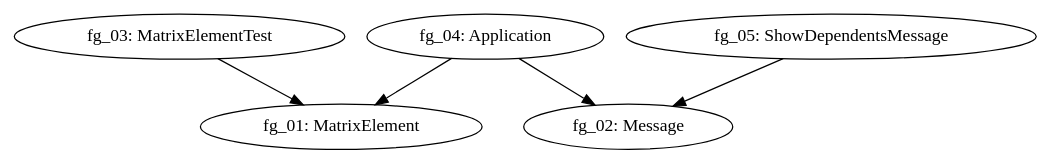
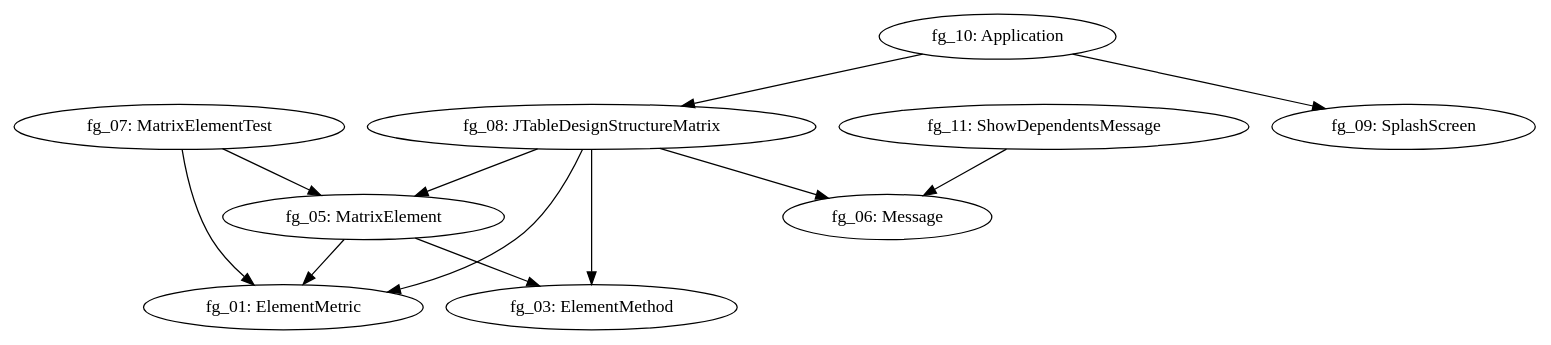
The diagram in files/archinaut/archinaut_UH.dot (FrankHZFang/ArchData), drawn with Graphviz before and after one commit. The commit also changed 1595 other files, not shown here.

```diff
--- a/files/archinaut/archinaut_UH.dot
+++ b/files/archinaut/archinaut_UH.dot
@@ -1,6 +1,13 @@
 digraph G { 
-"fg_03: MatrixElementTest" -> "fg_01: MatrixElement"; 
-"fg_04: Application" -> "fg_01: MatrixElement"; 
-"fg_04: Application" -> "fg_02: Message"; 
-"fg_05: ShowDependentsMessage" -> "fg_02: Message"; 
+"fg_05: MatrixElement" -> "fg_01: ElementMetric"; 
+"fg_05: MatrixElement" -> "fg_03: ElementMethod"; 
+"fg_07: MatrixElementTest" -> "fg_05: MatrixElement"; 
+"fg_07: MatrixElementTest" -> "fg_01: ElementMetric"; 
+"fg_08: JTableDesignStructureMatrix" -> "fg_06: Message"; 
+"fg_08: JTableDesignStructureMatrix" -> "fg_05: MatrixElement"; 
+"fg_08: JTableDesignStructureMatrix" -> "fg_03: ElementMethod"; 
+"fg_08: JTableDesignStructureMatrix" -> "fg_01: ElementMetric"; 
+"fg_10: Application" -> "fg_09: SplashScreen"; 
+"fg_10: Application" -> "fg_08: JTableDesignStructureMatrix"; 
+"fg_11: ShowDependentsMessage" -> "fg_06: Message"; 
 }
```
